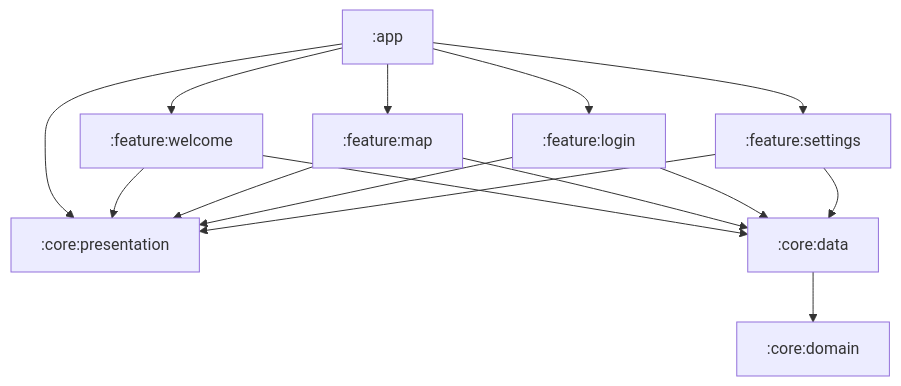
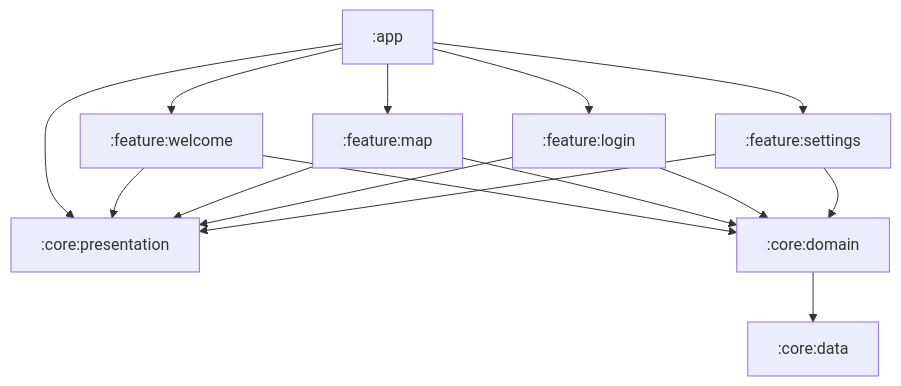
Before and after one commit to winstonmoon/wiki-bidet-map-android: the diagram in README.md, drawn with Mermaid. The commit also changed other lines of this file, not shown here.

Commit message:
fix dependency graph

````diff
--- a/README.md
+++ b/README.md
@@ -29,17 +29,17 @@
 ```mermaid
 graph TD;
     :app-->:feature:welcome;
     :app-->:feature:map;
     :app-->:feature:login;
     :app-->:feature:settings;
     :app-->:core:presentation;
     :feature:welcome-->:core:presentation;
     :feature:map-->:core:presentation;
     :feature:login-->:core:presentation;
     :feature:settings-->:core:presentation;
-    :feature:welcome-->:core:data;
-    :feature:map-->:core:data;
-    :feature:login-->:core:data;
-    :feature:settings-->:core:data;
-    :core:data-->:core:domain;
+    :feature:welcome-->:core:domain;
+    :feature:map-->:core:domain;
+    :feature:login-->:core:domain;
+    :feature:settings-->:core:domain;
+    :core:domain-->:core:data;
 ```
````
